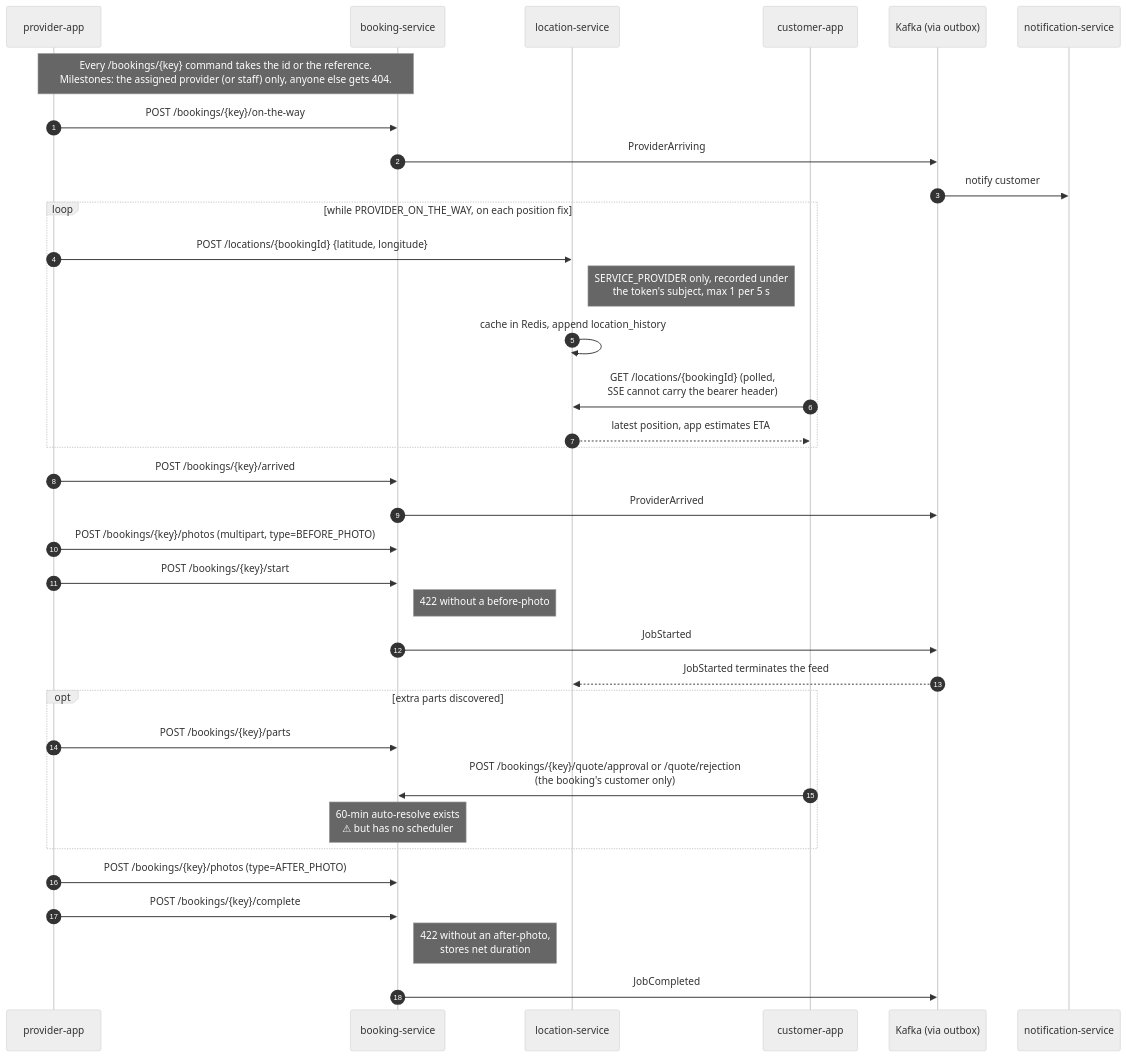
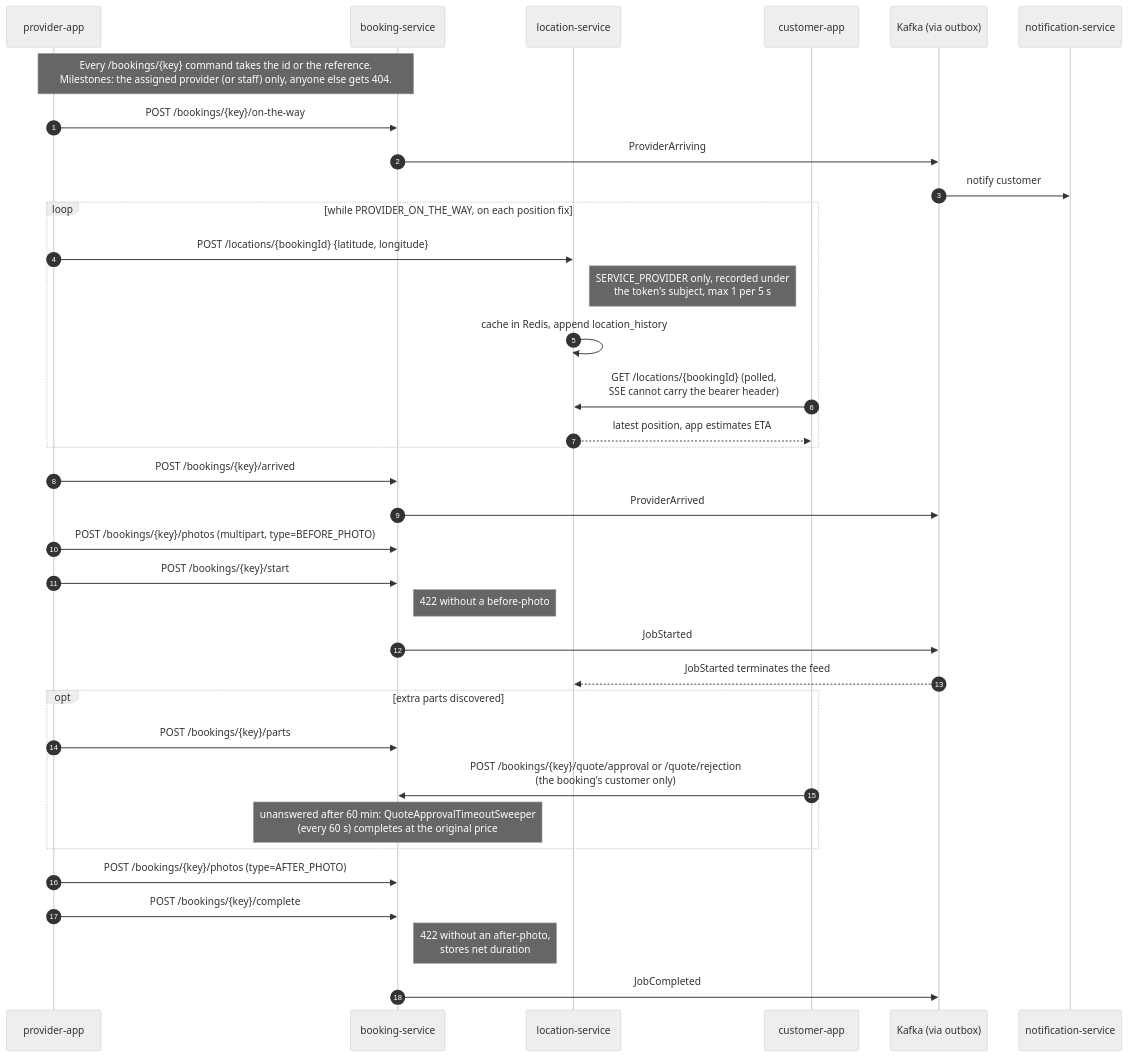
Before and after one commit to condigence/ji-hajoor: the eighth of 30 diagrams in docs/ARCHITECTURE.md, drawn with Mermaid (neutral theme). The commit also changed other lines of this file and 361 other files, not shown here.

````diff
--- a/docs/ARCHITECTURE.md
+++ b/docs/ARCHITECTURE.md
@@ -402,42 +401,42 @@
 ```mermaid
 sequenceDiagram
     autonumber
     participant PAPP as provider-app
     participant BOOK as booking-service
     participant LOC as location-service
     participant CAPP as customer-app
     participant KF as Kafka (via outbox)
     participant NOTIF as notification-service
 
     note over PAPP,BOOK: Every /bookings/{key} command takes the id or the reference.<br/>Milestones: the assigned provider (or staff) only, anyone else gets 404.
     PAPP->>BOOK: POST /bookings/{key}/on-the-way
     BOOK->>KF: ProviderArriving
     KF->>NOTIF: notify customer
 
     loop while PROVIDER_ON_THE_WAY, on each position fix
         PAPP->>LOC: POST /locations/{bookingId} {latitude, longitude}
         note right of LOC: SERVICE_PROVIDER only, recorded under<br/>the token's subject, max 1 per 5 s
         LOC->>LOC: cache in Redis, append location_history
         CAPP->>LOC: GET /locations/{bookingId} (polled,<br/>SSE cannot carry the bearer header)
         LOC-->>CAPP: latest position, app estimates ETA
     end
 
     PAPP->>BOOK: POST /bookings/{key}/arrived
     BOOK->>KF: ProviderArrived
     PAPP->>BOOK: POST /bookings/{key}/photos (multipart, type=BEFORE_PHOTO)
     PAPP->>BOOK: POST /bookings/{key}/start
     note right of BOOK: 422 without a before-photo
     BOOK->>KF: JobStarted
     KF-->>LOC: JobStarted terminates the feed
 
     opt extra parts discovered
         PAPP->>BOOK: POST /bookings/{key}/parts
         CAPP->>BOOK: POST /bookings/{key}/quote/approval or /quote/rejection<br/>(the booking's customer only)
-        note over BOOK: 60-min auto-resolve exists<br/>⚠ but has no scheduler
+        note over BOOK: unanswered after 60 min: QuoteApprovalTimeoutSweeper<br/>(every 60 s) completes at the original price
     end
 
     PAPP->>BOOK: POST /bookings/{key}/photos (type=AFTER_PHOTO)
     PAPP->>BOOK: POST /bookings/{key}/complete
     note right of BOOK: 422 without an after-photo,<br/>stores net duration
     BOOK->>KF: JobCompleted
 ```
````
